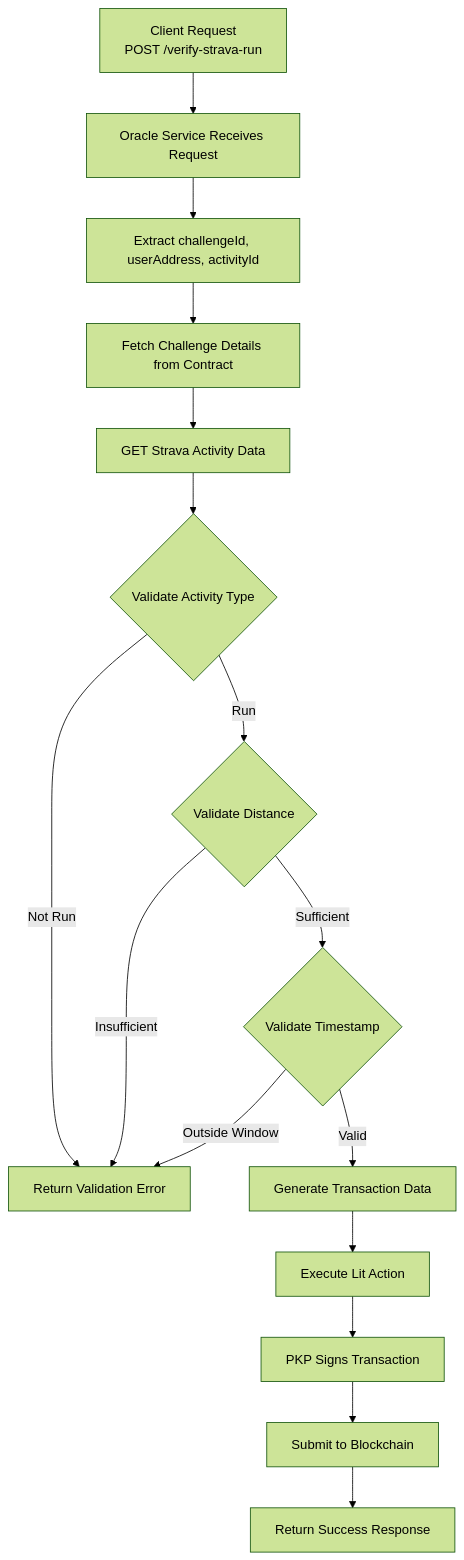
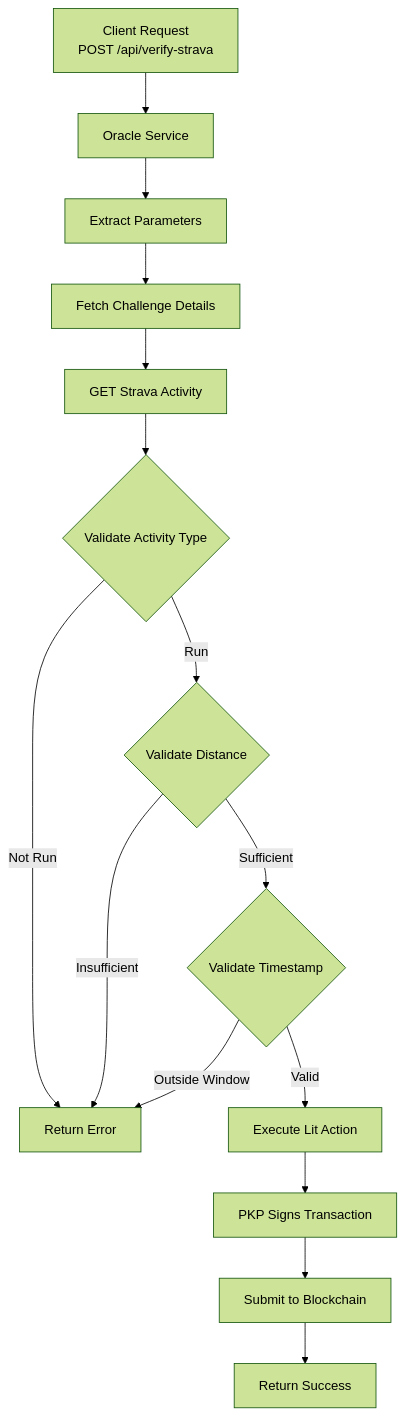
The fourth of 4 diagrams in README.md (Kushagra1122/fitStake), drawn with Mermaid (forest theme) before and after one commit. The commit also changed other lines of this file, not shown here.

````diff
--- a/README.md
+++ b/README.md
@@ -521,18 +766,17 @@
 ```mermaid
 flowchart TD
-    A[Client Request<br/>POST /verify-strava-run] --> B[Oracle Service Receives Request]
-    B --> C[Extract challengeId, userAddress, activityId]
-    C --> D[Fetch Challenge Details from Contract]
-    D --> E[GET Strava Activity Data]
+    A[Client Request<br/>POST /api/verify-strava] --> B[Oracle Service]
+    B --> C[Extract Parameters]
+    C --> D[Fetch Challenge Details]
+    D --> E[GET Strava Activity]
     E --> F{Validate Activity Type}
-    F -->|Not Run| G[Return Validation Error]
+    F -->|Not Run| G[Return Error]
     F -->|Run| H{Validate Distance}
     H -->|Insufficient| G
     H -->|Sufficient| I{Validate Timestamp}
     I -->|Outside Window| G
-    I -->|Valid| J[Generate Transaction Data]
-    J --> K[Execute Lit Action]
-    K --> L[PKP Signs Transaction]
-    L --> M[Submit to Blockchain]
-    M --> N[Return Success Response]
+    I -->|Valid| J[Execute Lit Action]
+    J --> K[PKP Signs Transaction]
+    K --> L[Submit to Blockchain]
+    L --> M[Return Success]
 ```
````
